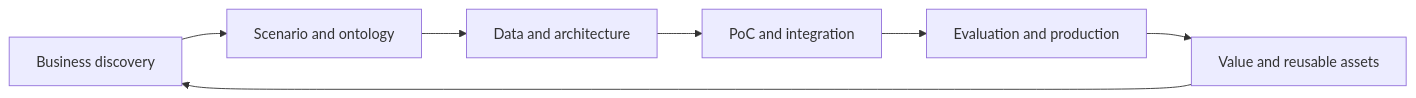
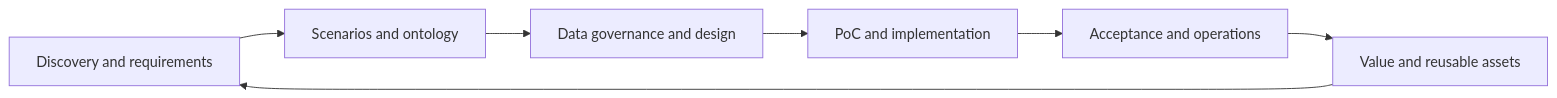
The diagram in README_EN.md (fdeopen/awesome-fde), drawn with Mermaid before and after one commit. The commit also changed other lines of this file and 2 other files, not shown here.

````diff
--- a/README_EN.md
+++ b/README_EN.md
@@ -71,9 +100,9 @@
 ```mermaid
 flowchart LR
-    A[Business discovery] --> B[Scenario and ontology]
-    B --> C[Data and architecture]
-    C --> D[PoC and integration]
-    D --> E[Evaluation and production]
+    A[Discovery and requirements] --> B[Scenarios and ontology]
+    B --> C[Data governance and design]
+    C --> D[PoC and implementation]
+    D --> E[Acceptance and operations]
     E --> F[Value and reusable assets]
     F --> A
 ```
````
